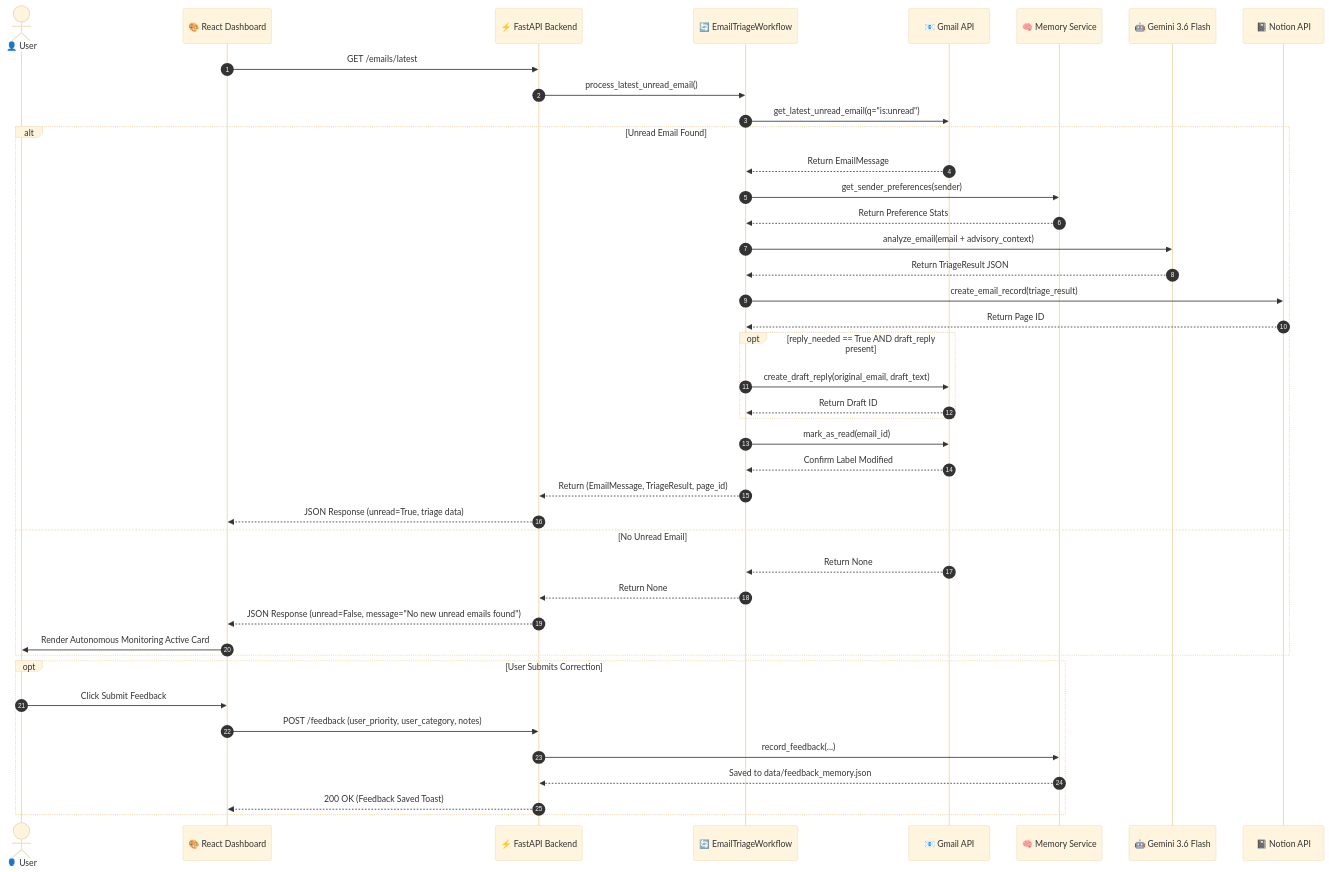
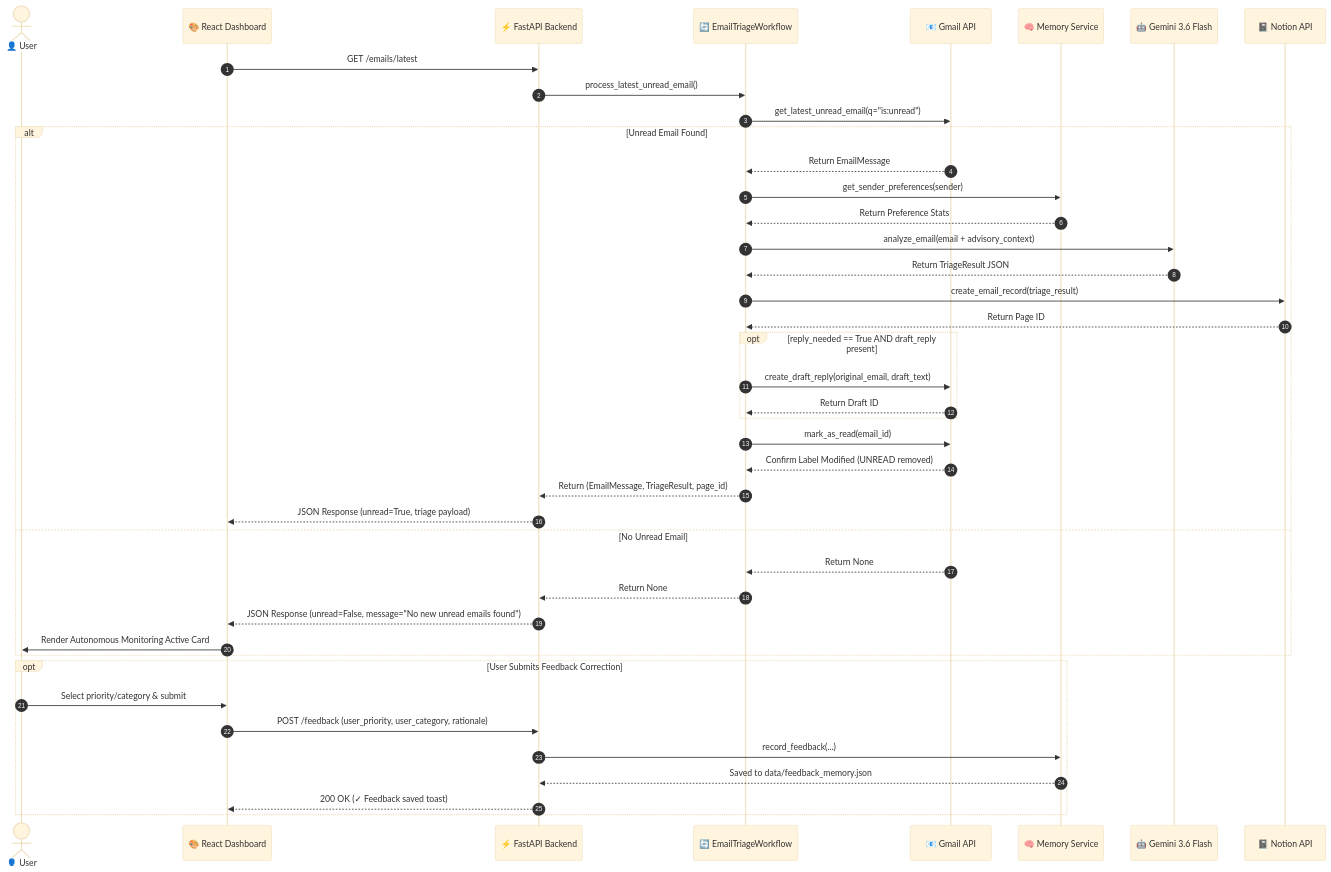
Before and after one commit to itxmeBhawna/InboxPilot: the second of 2 diagrams in README.md, drawn with Mermaid (base theme). The commit also changed other lines of this file, not shown here.

````diff
--- a/README.md
+++ b/README.md
@@ -94,50 +105,50 @@
 ```mermaid
 sequenceDiagram
     autonumber
     actor User as 👤 User
     participant App as 🎨 React Dashboard
     participant API as ⚡ FastAPI Backend
     participant WF as 🔄 EmailTriageWorkflow
     participant Gmail as 📧 Gmail API
     participant Mem as 🧠 Memory Service
     participant Gemini as 🤖 Gemini 3.6 Flash
     participant Notion as 📓 Notion API
 
     App->>API: GET /emails/latest
     API->>WF: process_latest_unread_email()
     WF->>Gmail: get_latest_unread_email(q="is:unread")
     
     alt Unread Email Found
         Gmail-->>WF: Return EmailMessage
         WF->>Mem: get_sender_preferences(sender)
         Mem-->>WF: Return Preference Stats
         WF->>Gemini: analyze_email(email + advisory_context)
         Gemini-->>WF: Return TriageResult JSON
         
         WF->>Notion: create_email_record(triage_result)
         Notion-->>WF: Return Page ID
         
         opt reply_needed == True AND draft_reply present
             WF->>Gmail: create_draft_reply(original_email, draft_text)
             Gmail-->>WF: Return Draft ID
         end
         
         WF->>Gmail: mark_as_read(email_id)
-        Gmail-->>WF: Confirm Label Modified
+        Gmail-->>WF: Confirm Label Modified (UNREAD removed)
         WF-->>API: Return (EmailMessage, TriageResult, page_id)
-        API-->>App: JSON Response (unread=True, triage data)
+        API-->>App: JSON Response (unread=True, triage payload)
     else No Unread Email
         Gmail-->>WF: Return None
         WF-->>API: Return None
         API-->>App: JSON Response (unread=False, message="No new unread emails found")
         App->>User: Render Autonomous Monitoring Active Card
     end
 
-    opt User Submits Correction
-        User->>App: Click Submit Feedback
-        App->>API: POST /feedback (user_priority, user_category, notes)
+    opt User Submits Feedback Correction
+        User->>App: Select priority/category & submit
+        App->>API: POST /feedback (user_priority, user_category, rationale)
         API->>Mem: record_feedback(...)
         Mem-->>API: Saved to data/feedback_memory.json
-        API-->>App: 200 OK (Feedback Saved Toast)
+        API-->>App: 200 OK (✓ Feedback saved toast)
     end
 ```
````
